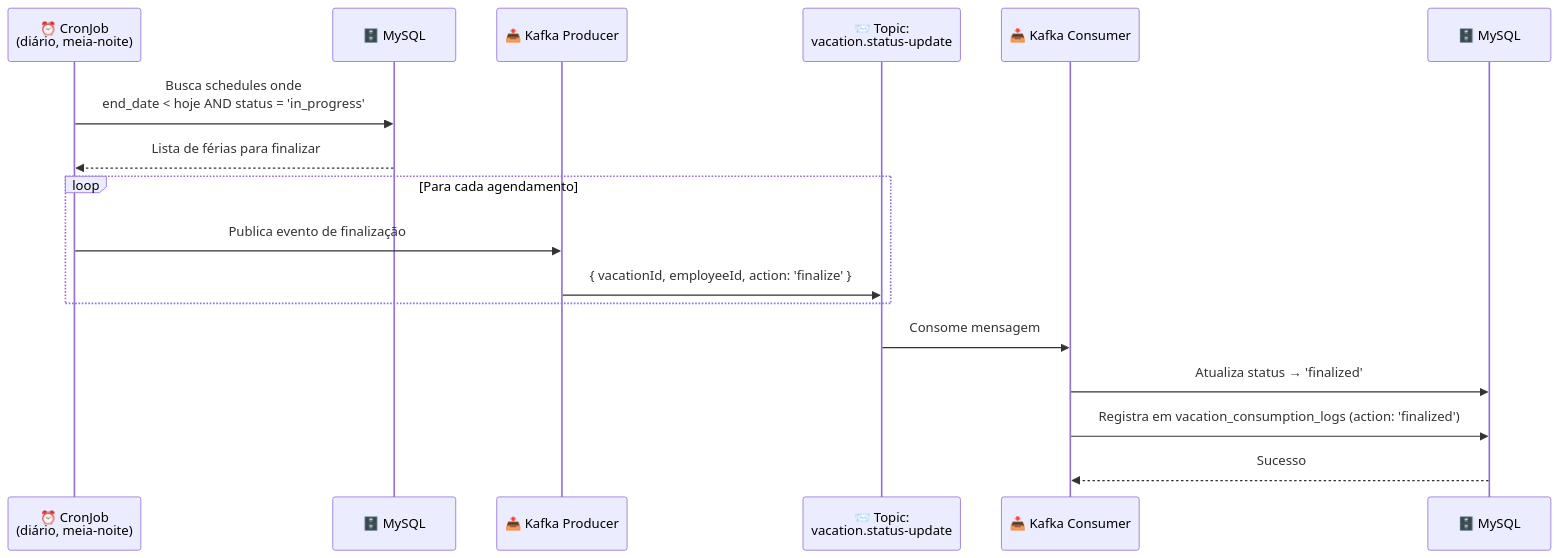
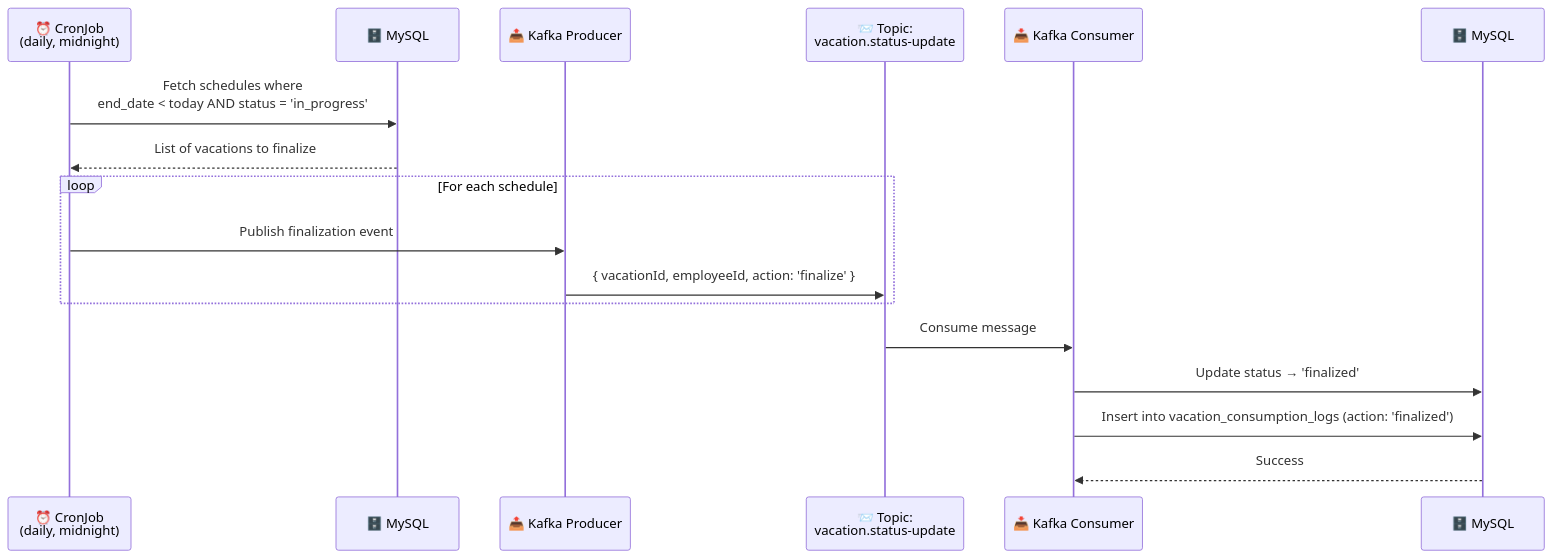
The fourth of 5 diagrams in README.md (matheuzsr/nest-kafka-mysql), drawn with Mermaid before and after one commit. The commit also changed other lines of this file, not shown here.

````diff
--- a/README.md
+++ b/README.md
@@ -165,22 +165,22 @@
 ```mermaid
 sequenceDiagram
-    participant Cron as ⏰ CronJob<br/>(diário, meia-noite)
+    participant Cron as ⏰ CronJob<br/>(daily, midnight)
     participant DB1 as 🗄️ MySQL
     participant Producer as 📤 Kafka Producer
     participant Topic as 📨 Topic:<br/>vacation.status-update
     participant Consumer as 📥 Kafka Consumer
     participant DB2 as 🗄️ MySQL
 
-    Cron->>DB1: Busca schedules onde<br/>end_date < hoje AND status = 'in_progress'
-    DB1-->>Cron: Lista de férias para finalizar
+    Cron->>DB1: Fetch schedules where<br/>end_date < today AND status = 'in_progress'
+    DB1-->>Cron: List of vacations to finalize
 
-    loop Para cada agendamento
-        Cron->>Producer: Publica evento de finalização
+    loop For each schedule
+        Cron->>Producer: Publish finalization event
         Producer->>Topic: { vacationId, employeeId, action: 'finalize' }
     end
 
-    Topic->>Consumer: Consome mensagem
-    Consumer->>DB2: Atualiza status → 'finalized'
-    Consumer->>DB2: Registra em vacation_consumption_logs (action: 'finalized')
-    DB2-->>Consumer: Sucesso
+    Topic->>Consumer: Consume message
+    Consumer->>DB2: Update status → 'finalized'
+    Consumer->>DB2: Insert into vacation_consumption_logs (action: 'finalized')
+    DB2-->>Consumer: Success
 ```
````
